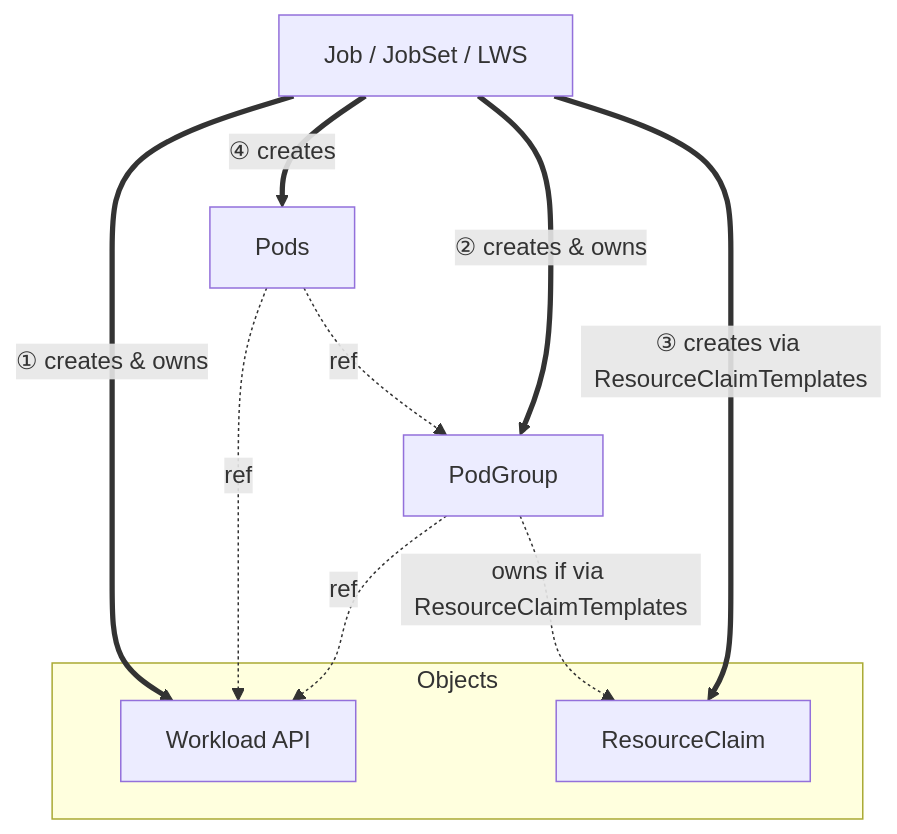
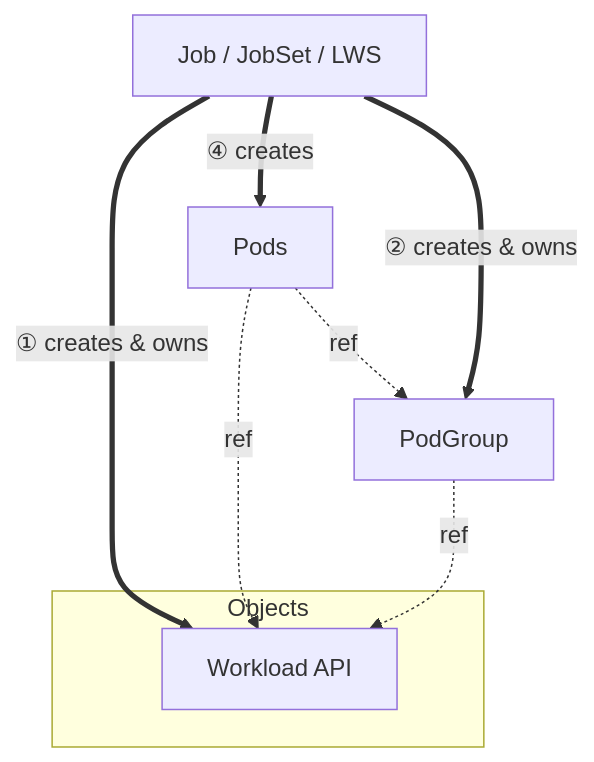
Before and after one commit to kubernetes/enhancements: the diagram in keps/sig-scheduling/5832-decouple-podgroup-api/README.md, drawn with Mermaid. The commit also changed other lines of this file, not shown here.

````diff
--- a/keps/sig-scheduling/5832-decouple-podgroup-api/README.md
+++ b/keps/sig-scheduling/5832-decouple-podgroup-api/README.md
@@ -299,22 +287,19 @@
 ```mermaid
 graph TB
     TW[Job / JobSet / LWS]
     subgraph Objects
       W[Workload API]
-      RC_created[ResourceClaim]
     end
     
     PG[PodGroup]
     P[Pods]
 
-    PG -.->|"owns if via ResourceClaimTemplates"| RC_created
     P -.->|ref| PG
 
     TW ==>|"① creates & owns"| W
     TW ==>|"② creates & owns"| PG
-    TW ==>|"③ creates via ResourceClaimTemplates"| RC_created
     TW ==>|"④ creates"| P
    
     P -.->|ref| W
     PG -.->|ref| W  
 ```
````
